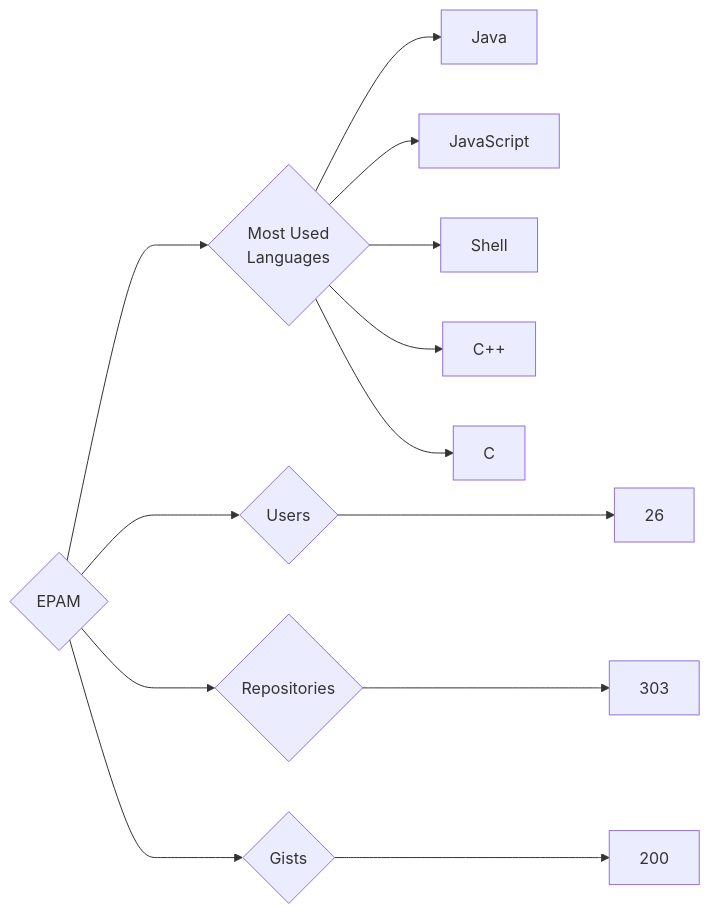
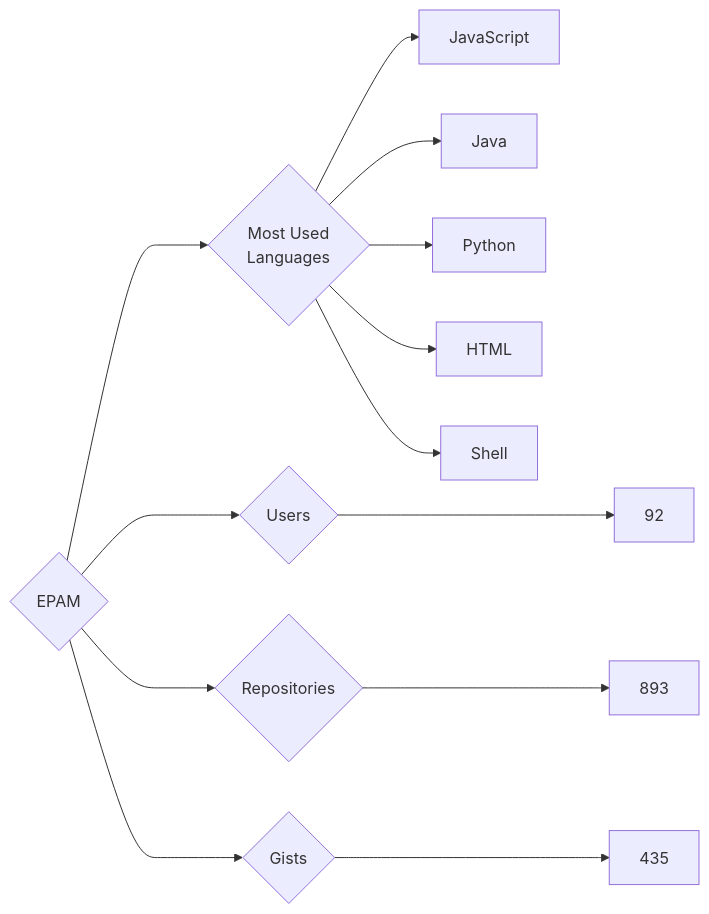
One commit to trickest/insiders changed the diagram in targets/EPAM/README.md. Above: the diagram before and after it, drawn with Mermaid. The commit also changed 826 other files, not shown here.

````diff
--- a/targets/EPAM/README.md
+++ b/targets/EPAM/README.md
@@ -3,13 +3,13 @@
 ```mermaid
 graph LR
 COMPANY_NAME{EPAM}
-COMPANY_NAME ---> U{Users} ---> UN[26]
-COMPANY_NAME ---> R{Repositories} ---> RN[303]
-COMPANY_NAME ---> G{Gists} ---> GN[200]
+COMPANY_NAME ---> U{Users} ---> UN[92]
+COMPANY_NAME ---> R{Repositories} ---> RN[893]
+COMPANY_NAME ---> G{Gists} ---> GN[435]
 COMPANY_NAME ---> ML{Most Used<br>Languages}
+ML --> JavaScript[JavaScript]
 ML --> Java[Java]
-ML --> JavaScript[JavaScript]
+ML --> Python[Python]
+ML --> HTML[HTML]
 ML --> Shell[Shell]
-ML --> C++[C++]
-ML --> C[C]
 ```
````
